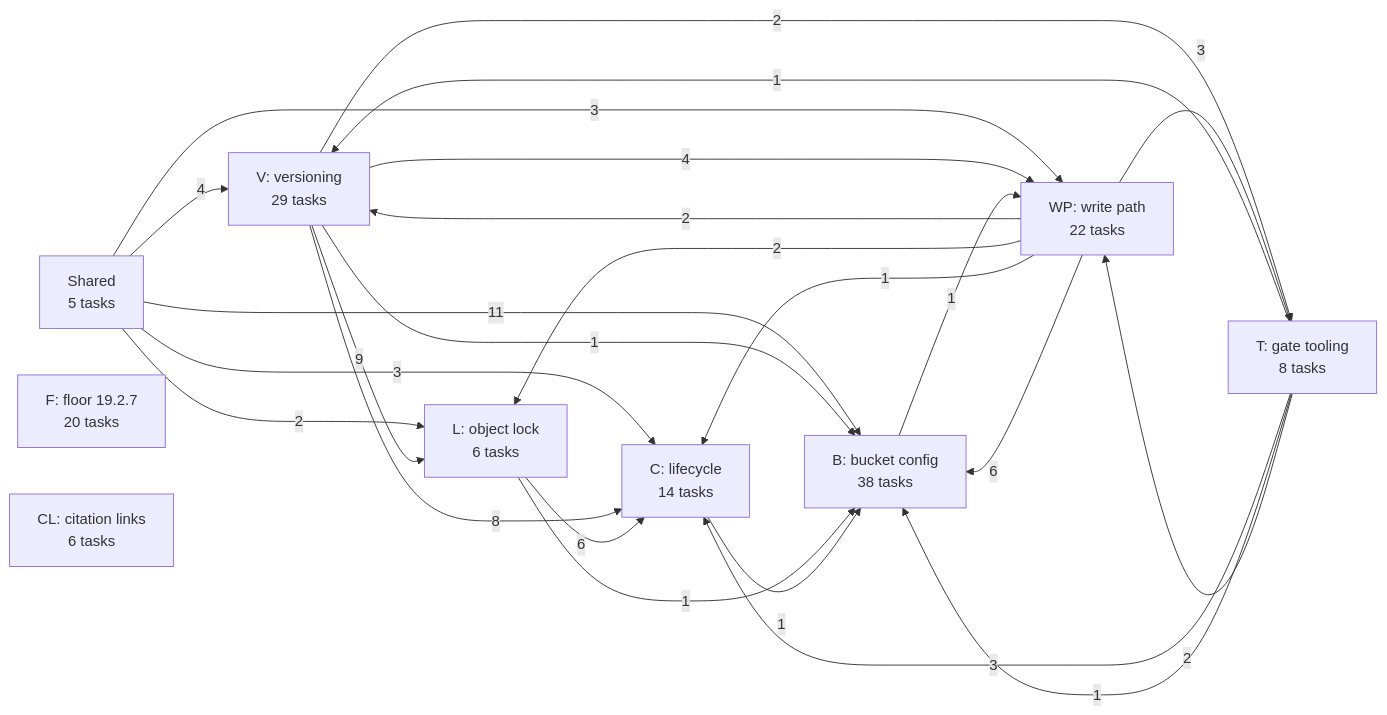
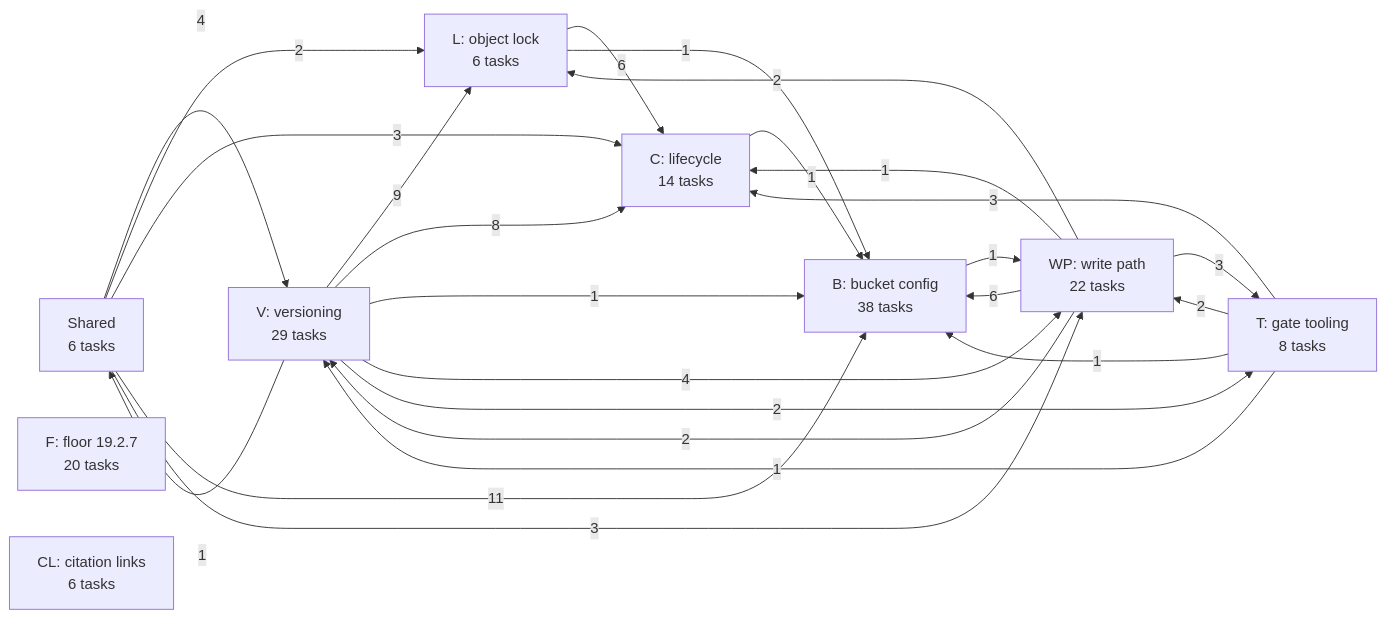
One commit to jhoblitt/rgw-go changed the first of 10 diagrams in docs/superpowers/plans/2026-10-13-phase-2/dependencies.md. Above: the diagram before and after it, drawn with Mermaid. The commit also changed other lines of this file, not shown here.

First line of the commit message:
docs(plan): regenerate the phase 2 dependency graph for S6

````diff
--- a/docs/superpowers/plans/2026-10-13-phase-2/dependencies.md
+++ b/docs/superpowers/plans/2026-10-13-phase-2/dependencies.md
@@ -13,35 +13,36 @@
 ```mermaid
 flowchart LR
-  u_S["Shared<br/>5 tasks"]
+  u_S["Shared<br/>6 tasks"]
   u_F["F: floor 19.2.7<br/>20 tasks"]
   u_V["V: versioning<br/>29 tasks"]
   u_L["L: object lock<br/>6 tasks"]
   u_C["C: lifecycle<br/>14 tasks"]
   u_B["B: bucket config<br/>38 tasks"]
   u_WP["WP: write path<br/>22 tasks"]
   u_T["T: gate tooling<br/>8 tasks"]
   u_CL["CL: citation links<br/>6 tasks"]
   u_S -->|4| u_V
   u_S -->|2| u_L
   u_S -->|3| u_C
   u_S -->|11| u_B
   u_S -->|3| u_WP
+  u_V -->|1| u_S
   u_V -->|9| u_L
   u_V -->|8| u_C
   u_V -->|1| u_B
   u_V -->|4| u_WP
   u_V -->|2| u_T
   u_L -->|6| u_C
   u_L -->|1| u_B
   u_C -->|1| u_B
   u_B -->|1| u_WP
   u_WP -->|2| u_V
   u_WP -->|2| u_L
   u_WP -->|1| u_C
   u_WP -->|6| u_B
   u_WP -->|3| u_T
   u_T -->|1| u_V
   u_T -->|3| u_C
   u_T -->|1| u_B
   u_T -->|2| u_WP
 ```
````
